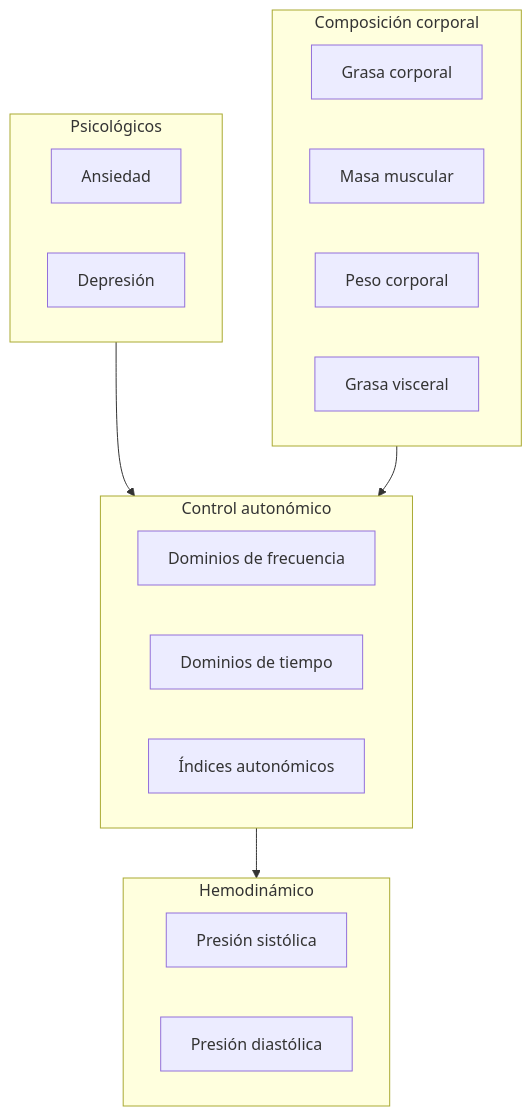
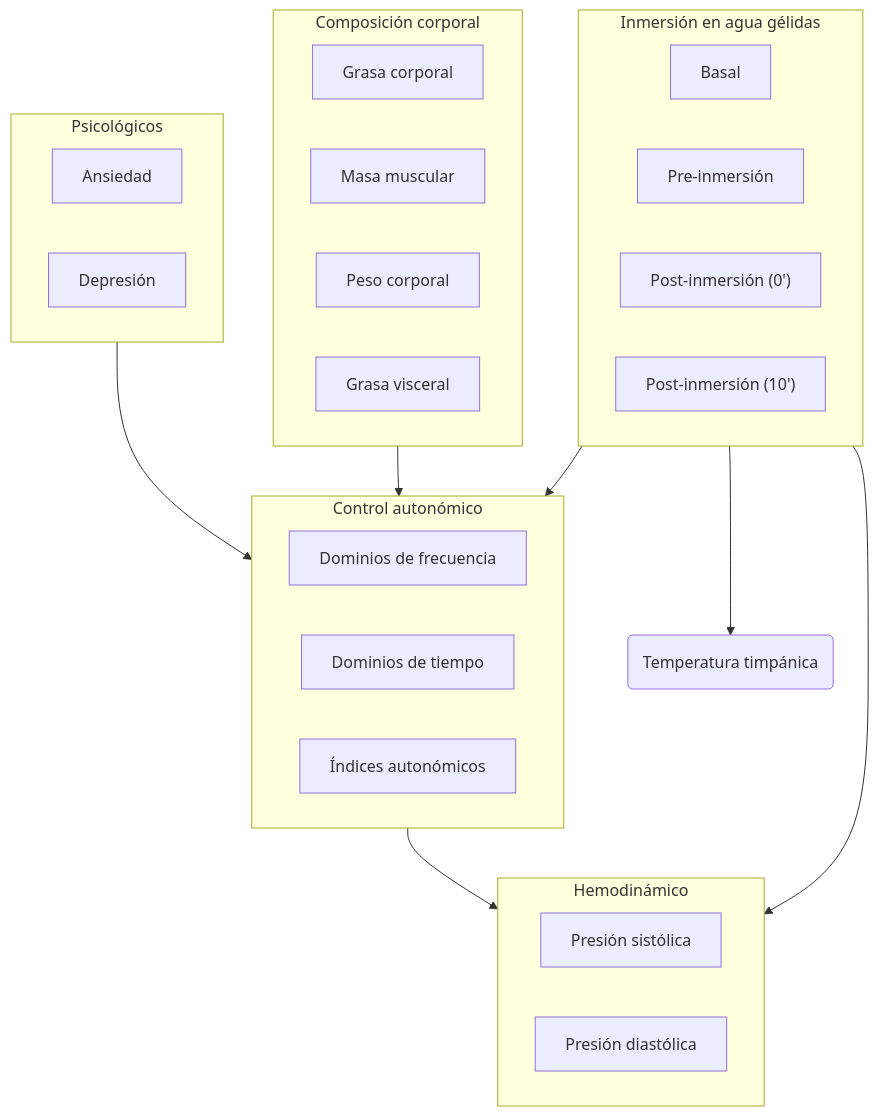
One commit to nim-ach/2024-08-Aguas-gelidas changed the diagram in docs/index.qmd. Above: the diagram before and after it, drawn with Mermaid. The commit also changed other lines of this file and 5 other files, not shown here.

Commit message:
resultados de medidas repetidas y diagrama

````diff
--- a/docs/index.qmd
+++ b/docs/index.qmd
@@ -33,30 +33,38 @@
 ```{mermaid}
 %%| layout-align: center
 graph TB
   subgraph p0 ["Psicológicos"]
   A1[Ansiedad]
   A2[Depresión]
   end
   
   subgraph p1 ["Composición corporal"]
   B1[Grasa corporal]
   B2[Masa muscular]
   B3[Peso corporal]
   B4[Grasa visceral]
   end
   
   subgraph p2 ["Control autonómico"]
   C1[Dominios de frecuencia]
   C2[Dominios de tiempo]
   C3[Índices autonómicos]
   end
   
   subgraph p3 ["Hemodinámico"]
   D1[Presión sistólica]
   D2[Presión diastólica]
   end
   
+  subgraph p4 ["Inmersión en agua gélidas"]
+  E1["Basal"]
+  E2["Pre-inmersión"]
+  E3["Post-inmersión (0')"]
+  E4["Post-inmersión (10')"]
+  end
+  
   p0 --> p2
   p1 --> p2
   p2 --> p3
+  p4 --> p2 & p3 & p5("Temperatura timpánica")
 ```
````
